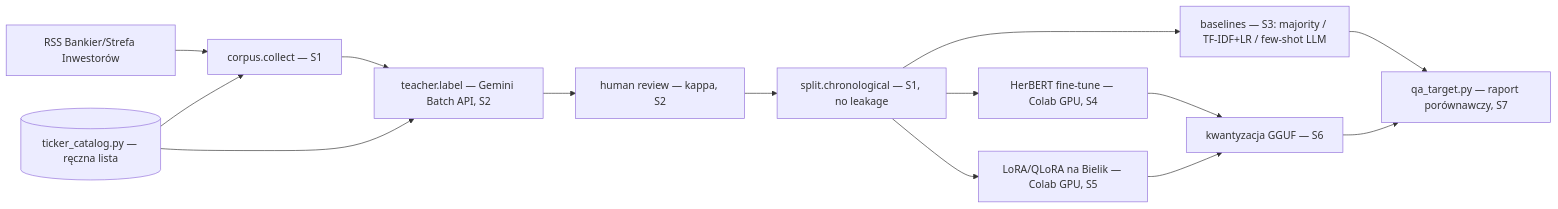
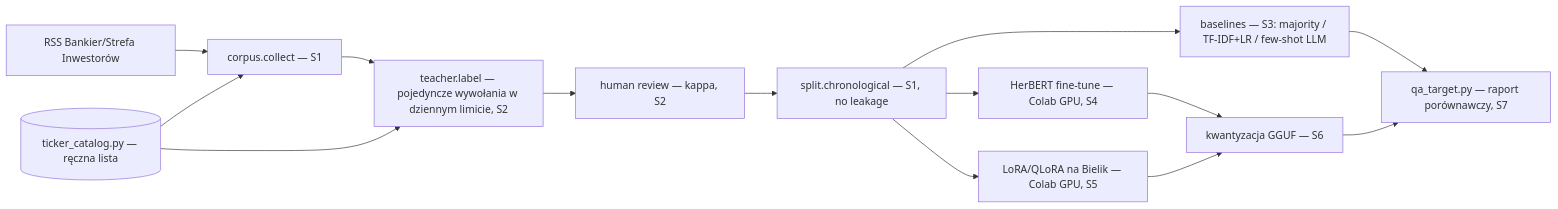
The diagram in docs/specs/p4-news-classifier/03-design.md (devTomaszStoklosa/fin-ai-lab), drawn with Mermaid before and after one commit. The commit also changed other lines of this file, not shown here.

First line of the commit message:
docs: correct P4 design — Batch API needs billing, drop it (#90)

````diff
--- a/docs/specs/p4-news-classifier/03-design.md
+++ b/docs/specs/p4-news-classifier/03-design.md
@@ -33,16 +33,16 @@
 ```mermaid
 flowchart LR
   RSS[RSS Bankier/Strefa Inwestorów] --> CORPUS[corpus.collect — S1]
-  CORPUS --> TEACHER[teacher.label — Gemini Batch API, S2]
+  CORPUS --> TEACHER[teacher.label — pojedyncze wywołania w dziennym limicie, S2]
   TEACHER --> REVIEW[human review — kappa, S2]
   REVIEW --> SPLIT[split.chronological — S1, no leakage]
   SPLIT --> BASE[baselines — S3: majority / TF-IDF+LR / few-shot LLM]
   SPLIT --> HERBERT[HerBERT fine-tune — Colab GPU, S4]
   SPLIT --> LORA[LoRA/QLoRA na Bielik — Colab GPU, S5]
   HERBERT --> QUANT[kwantyzacja GGUF — S6]
   LORA --> QUANT
   BASE --> REPORT[qa_target.py — raport porównawczy, S7]
   QUANT --> REPORT
   CATALOG[(ticker_catalog.py — ręczna lista)] --> CORPUS
   CATALOG --> TEACHER
 ```
````
